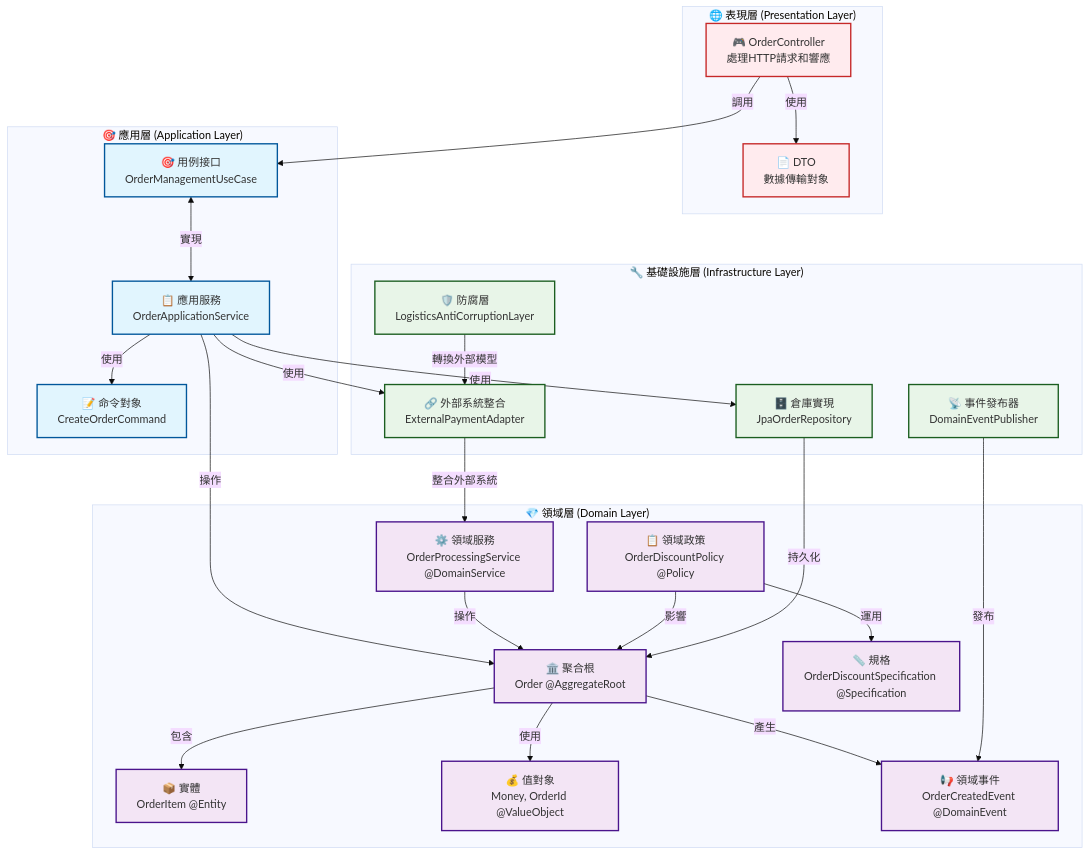
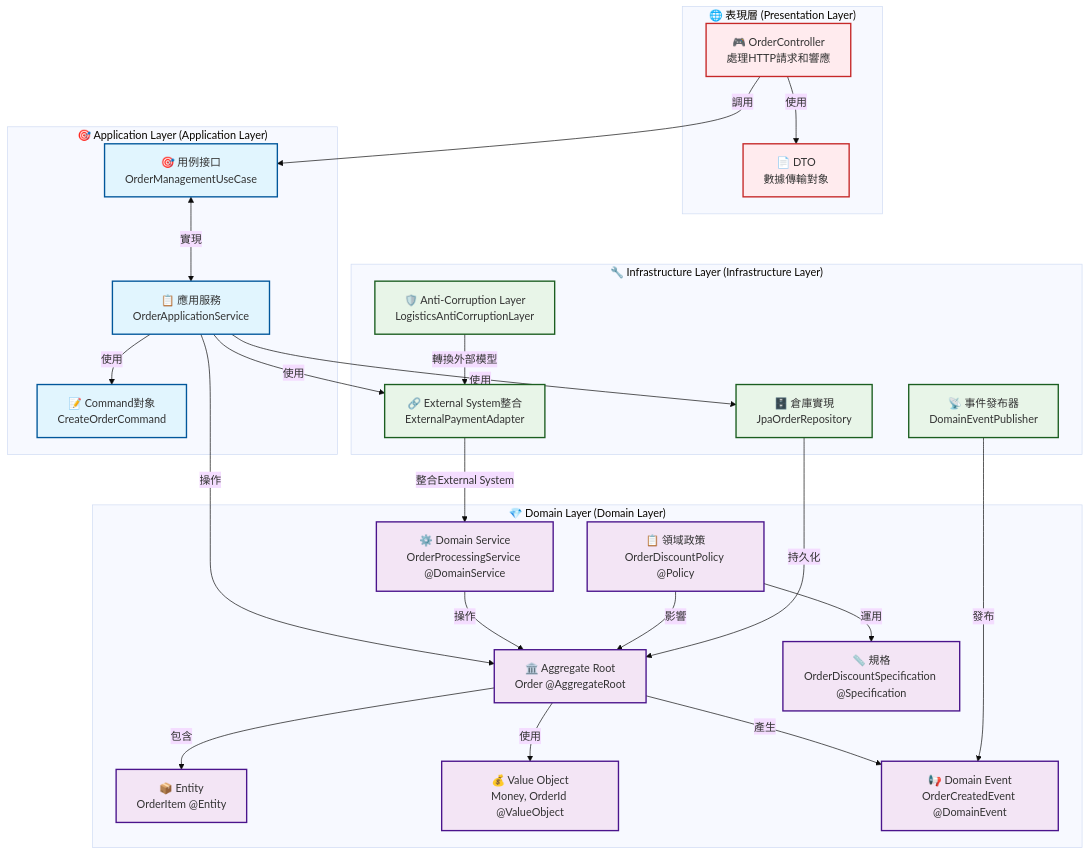
The second of 5 diagrams in docs/en/architecture/overview.md (humank/genai-demo), drawn with Mermaid (base theme) before and after one commit. The commit also changed other lines of this file and 583 other files, not shown here.

````diff
--- a/docs/en/architecture/overview.md
+++ b/docs/en/architecture/overview.md
@@ -91,58 +89,58 @@
 ```mermaid
 graph TB
     subgraph 表現層 ["🌐 表現層 (Presentation Layer)"]
         CTRL[🎮 OrderController<br/>處理HTTP請求和響應]
         DTO[📄 DTO<br/>數據傳輸對象]
     end
     
-    subgraph 應用層 ["🎯 應用層 (Application Layer)"]
+    subgraph Application Layer ["🎯 Application Layer (Application Layer)"]
         APP_SVC[📋 應用服務<br/>OrderApplicationService]
         USE_CASE[🎯 用例接口<br/>OrderManagementUseCase]
-        CMD[📝 命令對象<br/>CreateOrderCommand]
+        CMD[📝 Command對象<br/>CreateOrderCommand]
     end
     
-    subgraph 領域層 ["💎 領域層 (Domain Layer)"]
-        AGG_ROOT[🏛️ 聚合根<br/>Order @AggregateRoot]
-        ENTITY[📦 實體<br/>OrderItem @Entity]
-        VAL_OBJ[💰 值對象<br/>Money, OrderId @ValueObject]
-        DOMAIN_EVT[📢 領域事件<br/>OrderCreatedEvent @DomainEvent]
-        DOMAIN_SVC[⚙️ 領域服務<br/>OrderProcessingService @DomainService]
+    subgraph Domain Layer ["💎 Domain Layer (Domain Layer)"]
+        AGG_ROOT[🏛️ Aggregate Root<br/>Order @AggregateRoot]
+        ENTITY[📦 Entity<br/>OrderItem @Entity]
+        VAL_OBJ[💰 Value Object<br/>Money, OrderId @ValueObject]
+        DOMAIN_EVT[📢 Domain Event<br/>OrderCreatedEvent @DomainEvent]
+        DOMAIN_SVC[⚙️ Domain Service<br/>OrderProcessingService @DomainService]
         POLICY[📋 領域政策<br/>OrderDiscountPolicy @Policy]
         SPEC[📏 規格<br/>OrderDiscountSpecification @Specification]
     end
     
-    subgraph 基礎設施層 ["🔧 基礎設施層 (Infrastructure Layer)"]
+    subgraph Infrastructure Layer ["🔧 Infrastructure Layer (Infrastructure Layer)"]
         REPO_IMPL[🗄️ 倉庫實現<br/>JpaOrderRepository]
-        EXT_ITGR[🔗 外部系統整合<br/>ExternalPaymentAdapter]
-        ACL[🛡️ 防腐層<br/>LogisticsAntiCorruptionLayer]
+        EXT_ITGR[🔗 External System整合<br/>ExternalPaymentAdapter]
+        ACL[🛡️ Anti-Corruption Layer<br/>LogisticsAntiCorruptionLayer]
         EVENT_PUB[📡 事件發布器<br/>DomainEventPublisher]
     end
     
     CTRL -->|使用| DTO
     CTRL -->|調用| USE_CASE
     USE_CASE <-->|實現| APP_SVC
     APP_SVC -->|使用| CMD
     APP_SVC -->|操作| AGG_ROOT
     APP_SVC -->|使用| REPO_IMPL
     APP_SVC -->|使用| EXT_ITGR
     AGG_ROOT -->|包含| ENTITY
     AGG_ROOT -->|使用| VAL_OBJ
     AGG_ROOT -->|產生| DOMAIN_EVT
     DOMAIN_SVC -->|操作| AGG_ROOT
     POLICY -->|運用| SPEC
     POLICY -->|影響| AGG_ROOT
     REPO_IMPL -->|持久化| AGG_ROOT
-    EXT_ITGR -->|整合外部系統| DOMAIN_SVC
+    EXT_ITGR -->|整合External System| DOMAIN_SVC
     ACL -->|轉換外部模型| EXT_ITGR
     EVENT_PUB -->|發布| DOMAIN_EVT
     
     classDef presentation fill:#ffebee,stroke:#c62828,stroke-width:2px
     classDef application fill:#e1f5fe,stroke:#01579b,stroke-width:2px
     classDef domain fill:#f3e5f5,stroke:#4a148c,stroke-width:2px
     classDef infrastructure fill:#e8f5e8,stroke:#1b5e20,stroke-width:2px
     
     class CTRL,DTO presentation
     class APP_SVC,USE_CASE,CMD application
     class AGG_ROOT,ENTITY,VAL_OBJ,DOMAIN_EVT,DOMAIN_SVC,POLICY,SPEC domain
     class REPO_IMPL,EXT_ITGR,ACL,EVENT_PUB infrastructure
 ```
````
